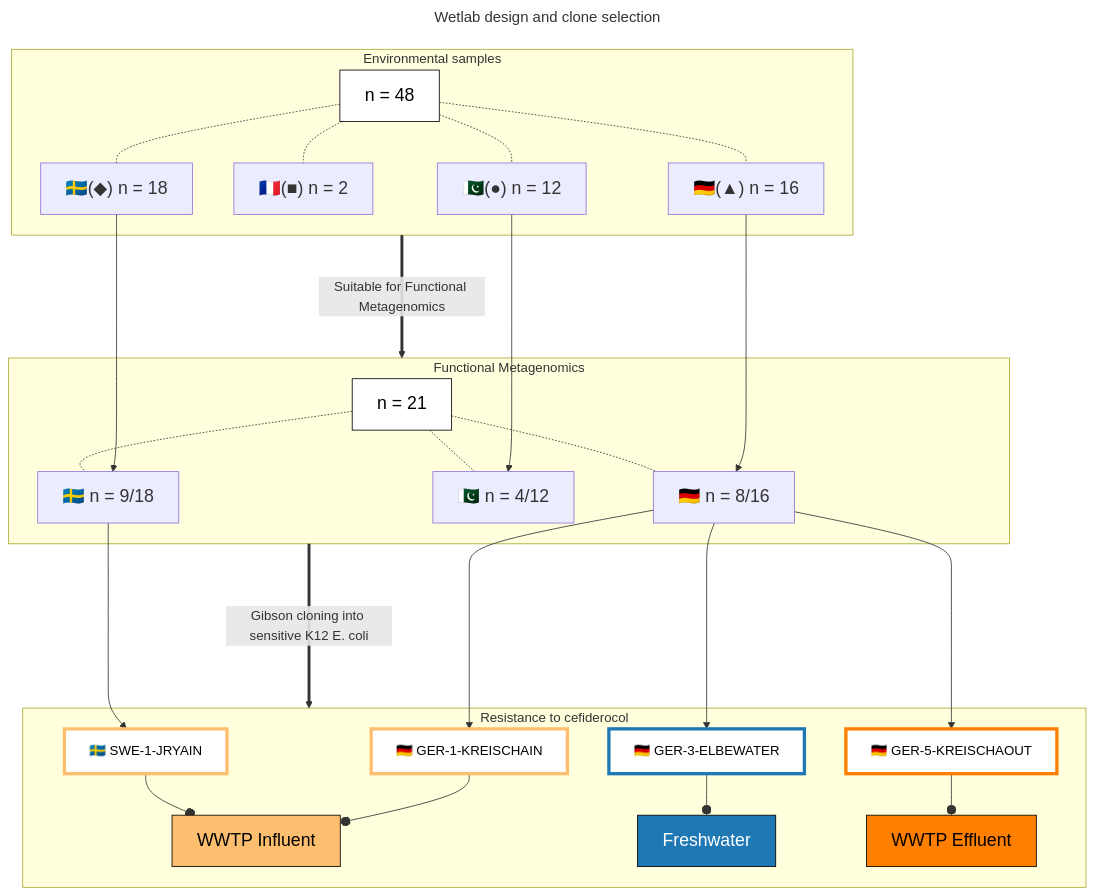
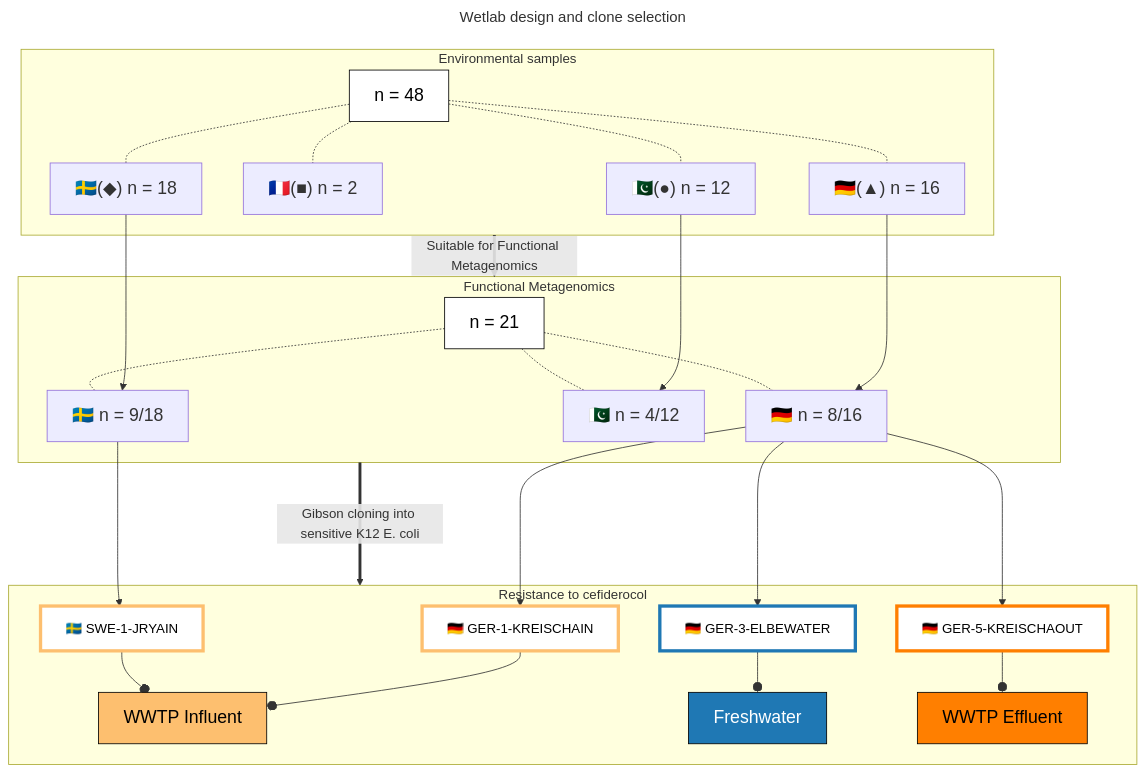
Before and after one commit to RemiGSC/Mgf_FDC: the first of 2 diagrams in README.md, drawn with Mermaid. The commit also changed other lines of this file, not shown here.

````diff
--- a/README.md
+++ b/README.md
@@ -9,64 +9,64 @@
 ```mermaid
 ---
 title: Wetlab design and clone selection
 ---
 
 graph TD
 	subgraph ev [Environmental samples]
 		A[n = 48] -.- A1["🇸🇪(◆) n = 18"]
 		A -.- A2["🇫🇷(■) n = 2"]
 		A -.- A3["🇩🇪(▲) n = 16"]
 		A -.- A4["🇵🇰(●) n = 12"]
 	end
 
 	subgraph fmg [Functional Metagenomics]
 		B[n = 21] -.- B1[🇸🇪 n = 9/18]
 		B -.- B3[🇩🇪 n = 8/16]
 		B -.- B4[🇵🇰 n = 4/12]
 	end
 
 	subgraph Rcef [Resistance to cefiderocol]
 			C1[🇸🇪 SWE-1-JRYAIN] --o WWIN[WWTP Influent]
 			C3a[🇩🇪 GER-1-KREISCHAIN] --o WWIN[WWTP Influent]
 			C3b[🇩🇪 GER-3-ELBEWATER] --o Fresh[Freshwater]
 			C3c[🇩🇪 GER-5-KREISCHAOUT] --o WWEF[WWTP Effluent]
 	end
 
 
 ev ==>|Suitable for Functional Metagenomics| fmg
 
-fmg ===>|Gibson cloning into sensitive K12 E. coli| Rcef
+fmg ==>|Gibson cloning into sensitive K12 E. coli| Rcef
 
-A1 ----> B1
-A3 ----> B3
-A4 ----> B4
+A1 ---> B1
+A3 ---> B3
+A4 ---> B4
 
-B1 ----> C1
-B3 ----> C3a
-B3 ----> C3b
-B3 ----> C3c
+B1 ---> C1
+B3 ---> C3a
+B3 ---> C3b
+B3 ---> C3c
 
 
 
 style A stroke:#000,fill:#fff,color:#000,font-size:110%
 style B stroke:#000,fill:#fff,color:#000,font-size:110%
 
 style A1 font-size:110%
 style A2 font-size:110%
 style A3 font-size:110%
 style A4 font-size:110%
 style B1 font-size:110%
 style B3 font-size:110%
 style B4 font-size:110%
 
 style C1 stroke:#fdbf6f,fill:#fff,color:#000,stroke-width:4px
 style C3a stroke:#fdbf6f,fill:#fff,color:#000,stroke-width:4px
 style C3b stroke:#1f78b4,fill:#fff,color:#000,stroke-width:4px
 style C3c stroke:#ff7f00,fill:#fff,color:#000,stroke-width:4px
 
 style WWIN stroke:#000,fill:#fdbf6f,color:#000, font-size:110%
 style Fresh stroke:#000,fill:#1f78b4,color:#fff,font-size:110%
 style WWEF stroke:#000,fill:#ff7f00,color:#000, font-size:110%
 
 
 ```
````
